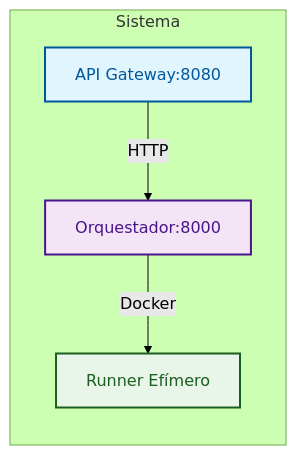
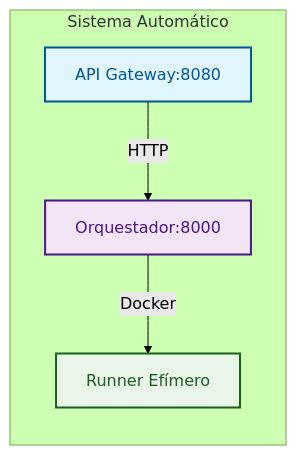
One commit to eliaspizarro/gha-ephemeral-runners changed the first of 2 diagrams in README.md. Above: the diagram before and after it, drawn with Mermaid (forest theme). The commit also changed other lines of this file and 4 other files, not shown here.

````diff
--- a/README.md
+++ b/README.md
@@ -16,12 +17,12 @@
 ```mermaid
 graph LR
-    subgraph "Sistema"
+    subgraph "Sistema Automático"
         AG[API Gateway:8080]
         AG --> |HTTP| ORQ[Orquestador:8000]
         ORQ --> |Docker| RUN[Runner Efímero]
     end
     
     style AG fill:#e1f5fe,stroke:#01579b,stroke-width:2px,color:#01579b
     style ORQ fill:#f3e5f5,stroke:#4a148c,stroke-width:2px,color:#4a148c
     style RUN fill:#e8f5e8,stroke:#1b5e20,stroke-width:2px,color:#1b5e20
 ```
````
